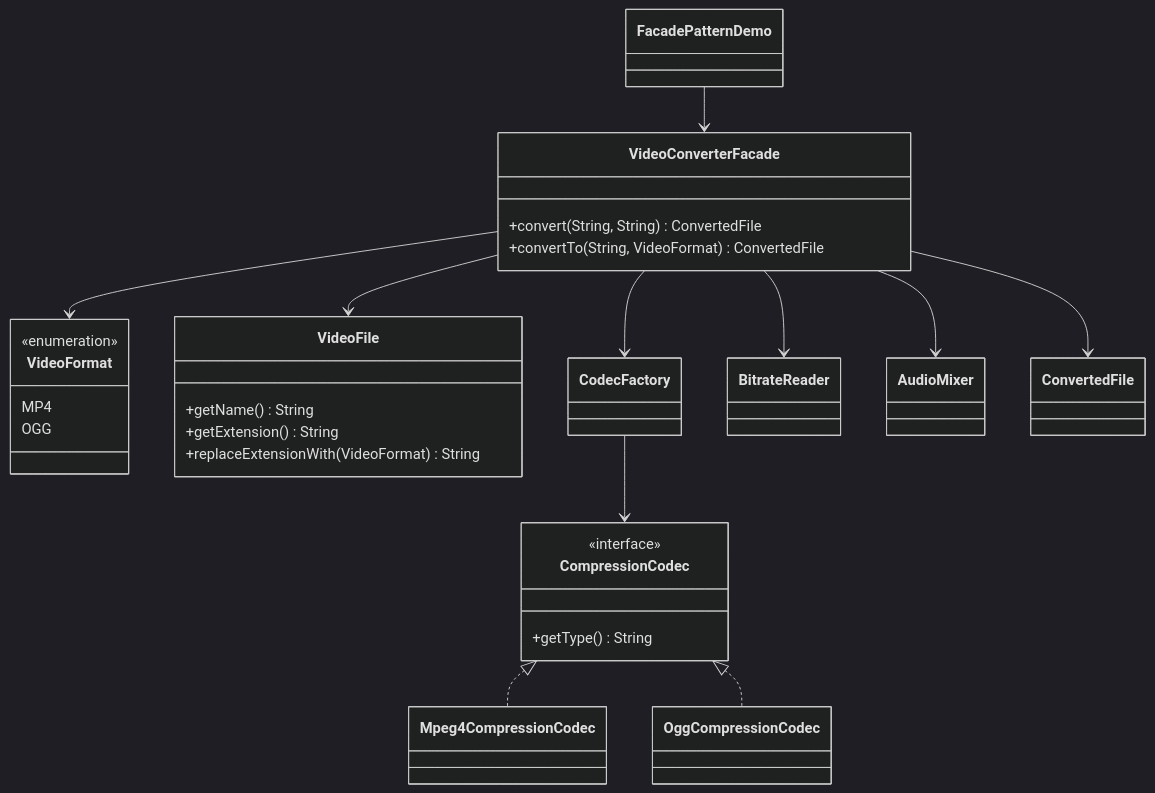
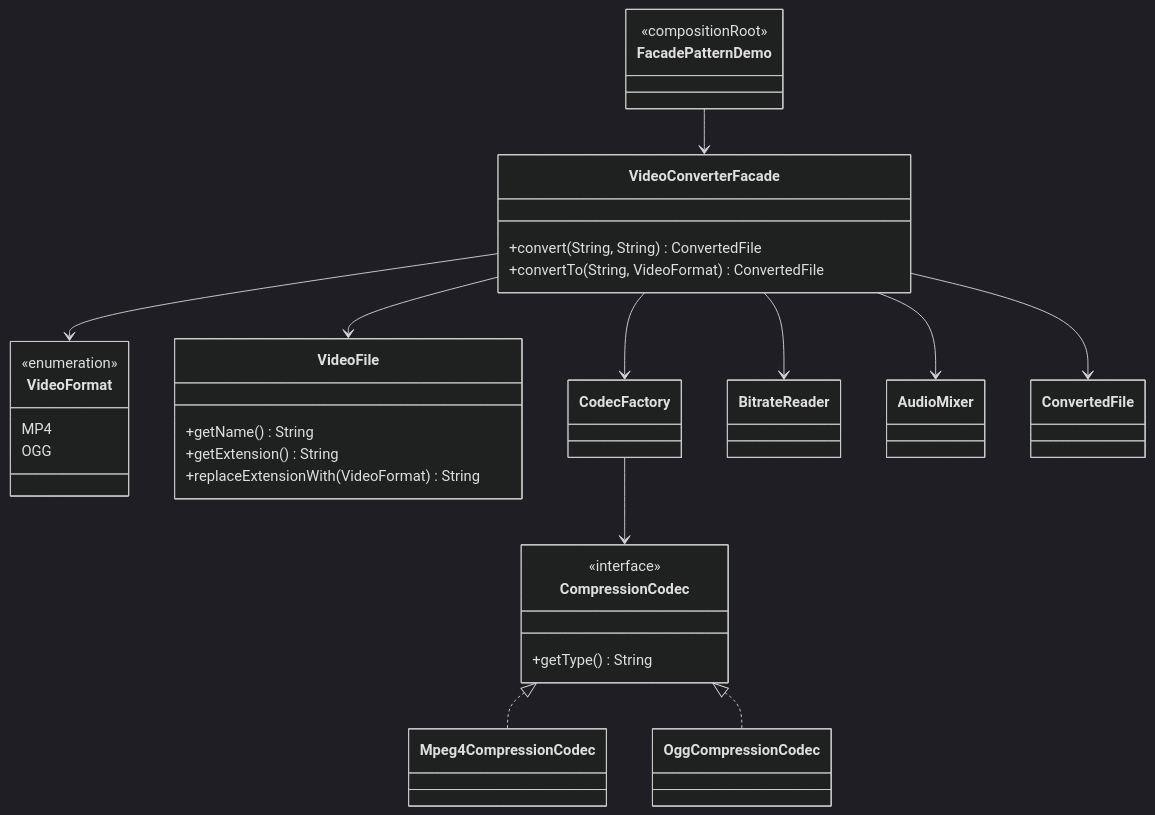
One commit to TunahanCan/design_pattern changed the first of 2 diagrams in src/main/java/com/can/structural/facade/explain/facade.md. Above: the diagram before and after it, drawn with Mermaid (dark theme). The commit also changed other lines of this file and 86 other files, not shown here.

````diff
--- a/src/main/java/com/can/structural/facade/explain/facade.md
+++ b/src/main/java/com/can/structural/facade/explain/facade.md
@@ -125,39 +131,41 @@
 ```mermaid
 classDiagram
-    class FacadePatternDemo
+    class FacadePatternDemo {
+        <<compositionRoot>>
+    }
     class VideoConverterFacade {
         +convert(String, String) ConvertedFile
         +convertTo(String, VideoFormat) ConvertedFile
     }
     class VideoFormat {
         <<enumeration>>
         MP4
         OGG
     }
     class VideoFile {
         +getName() String
         +getExtension() String
         +replaceExtensionWith(VideoFormat) String
     }
     class CodecFactory
     class CompressionCodec {
         <<interface>>
         +getType() String
     }
     class Mpeg4CompressionCodec
     class OggCompressionCodec
     class BitrateReader
     class AudioMixer
     class ConvertedFile
 
     FacadePatternDemo --> VideoConverterFacade
     VideoConverterFacade --> VideoFormat
     VideoConverterFacade --> VideoFile
     VideoConverterFacade --> CodecFactory
     VideoConverterFacade --> BitrateReader
     VideoConverterFacade --> AudioMixer
     VideoConverterFacade --> ConvertedFile
     CompressionCodec <|.. Mpeg4CompressionCodec
     CompressionCodec <|.. OggCompressionCodec
     CodecFactory --> CompressionCodec
 ```
````
